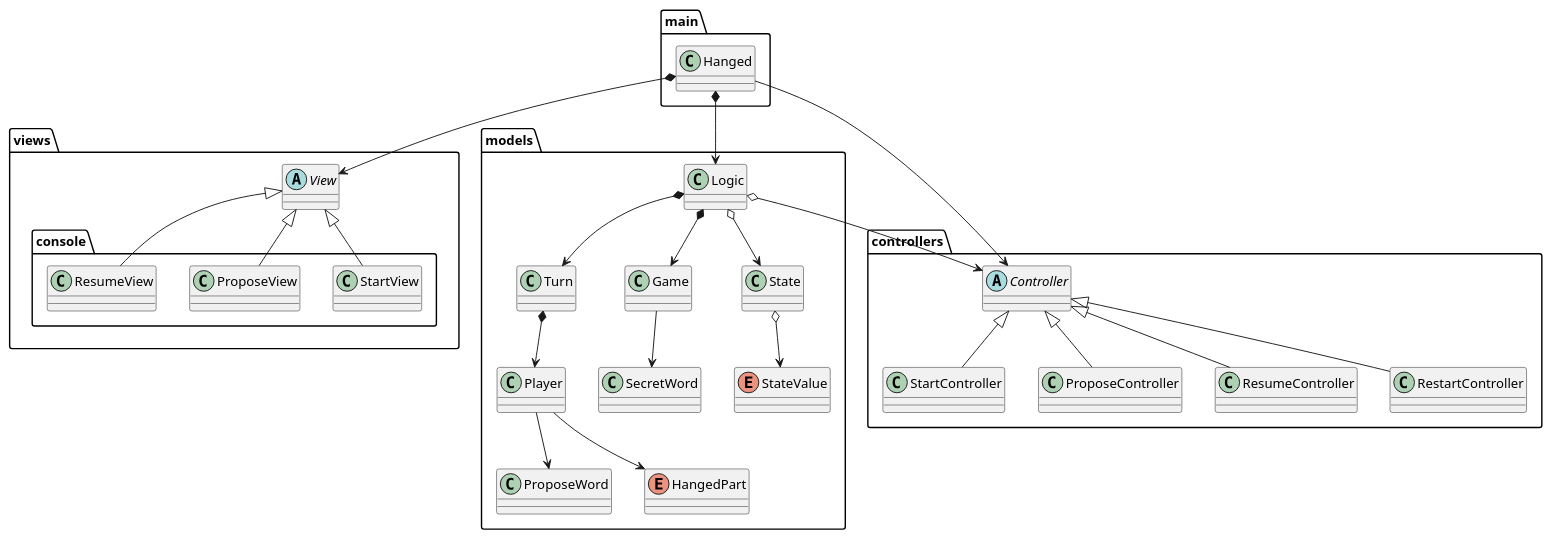
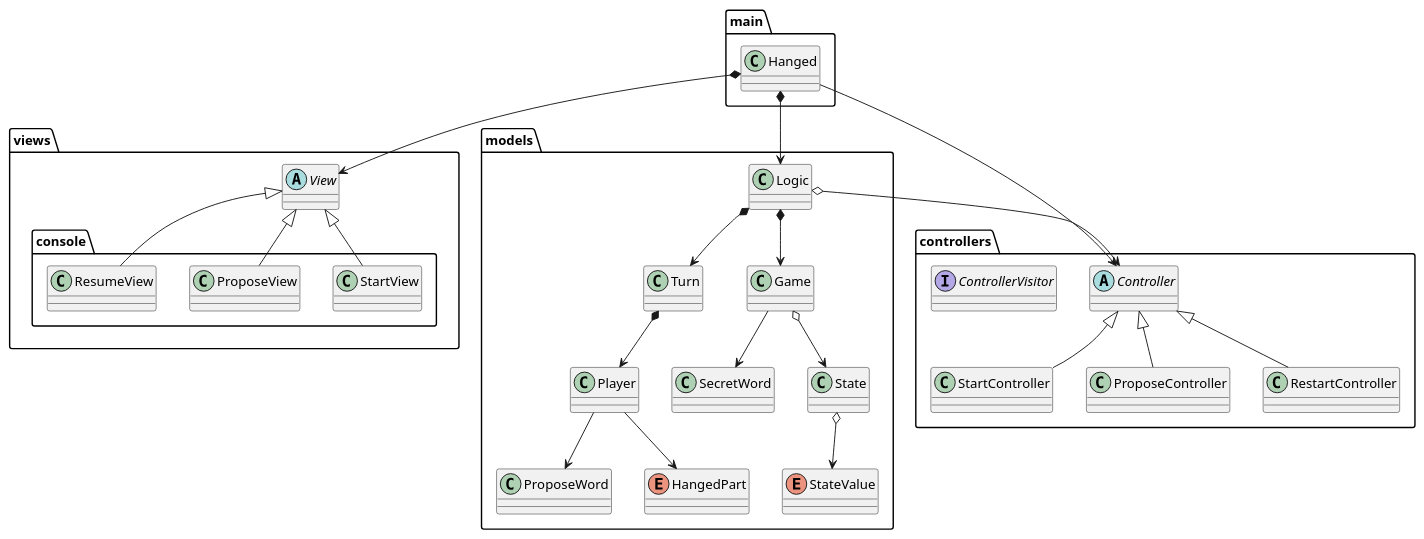
The diagram in requirements/puml/MVC.puml (jumpering/Hanged), drawn with PlantUML before and after one commit. The commit also changed 2 other files, not shown here.

```diff
--- a/requirements/puml/MVC.puml
+++ b/requirements/puml/MVC.puml
@@ -1,66 +1,65 @@
 @startuml
 package "main" {
 class Hanged
 }
 
 package "views"{
 abstract class View
     package "console" {
         class StartView
         class ProposeView
         class ResumeView
     }
 }
 
 package "controllers"{
 abstract class Controller
 class StartController
 class ProposeController
-class ResumeController
 class RestartController
+interface ControllerVisitor
 
 }
 
 
 package "models" {
 class Logic
 class ProposeWord
 class SecretWord
 enum HangedPart
 class Turn
 class Player
 class Game
 class State
 enum StateValue
 }
 
 Logic *--> Game
 
 Hanged *--> View
 Hanged *--> Logic
 Hanged --> Controller
 
 Logic o--> Controller
 View <|-- StartView
 View <|-- ProposeView
 View <|-- ResumeView
 
 Controller <|-- StartController
 Controller <|-- ProposeController
-Controller <|-- ResumeController
 Controller <|-- RestartController
 
 
 Logic *--> Turn
-Logic o--> State
+Game o--> State
 State o--> StateValue
 
 Turn *--> Player
 Player --> ProposeWord
 Player --> HangedPart
 
 Game --> SecretWord
 
 
 
 @enduml
```
